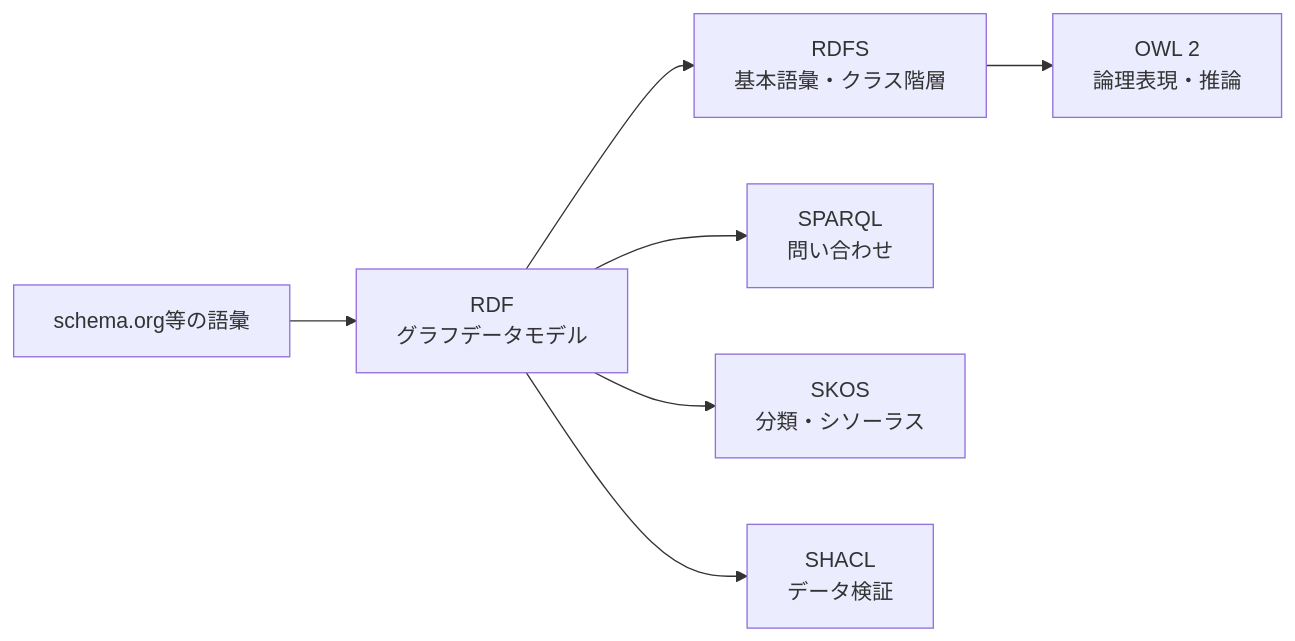
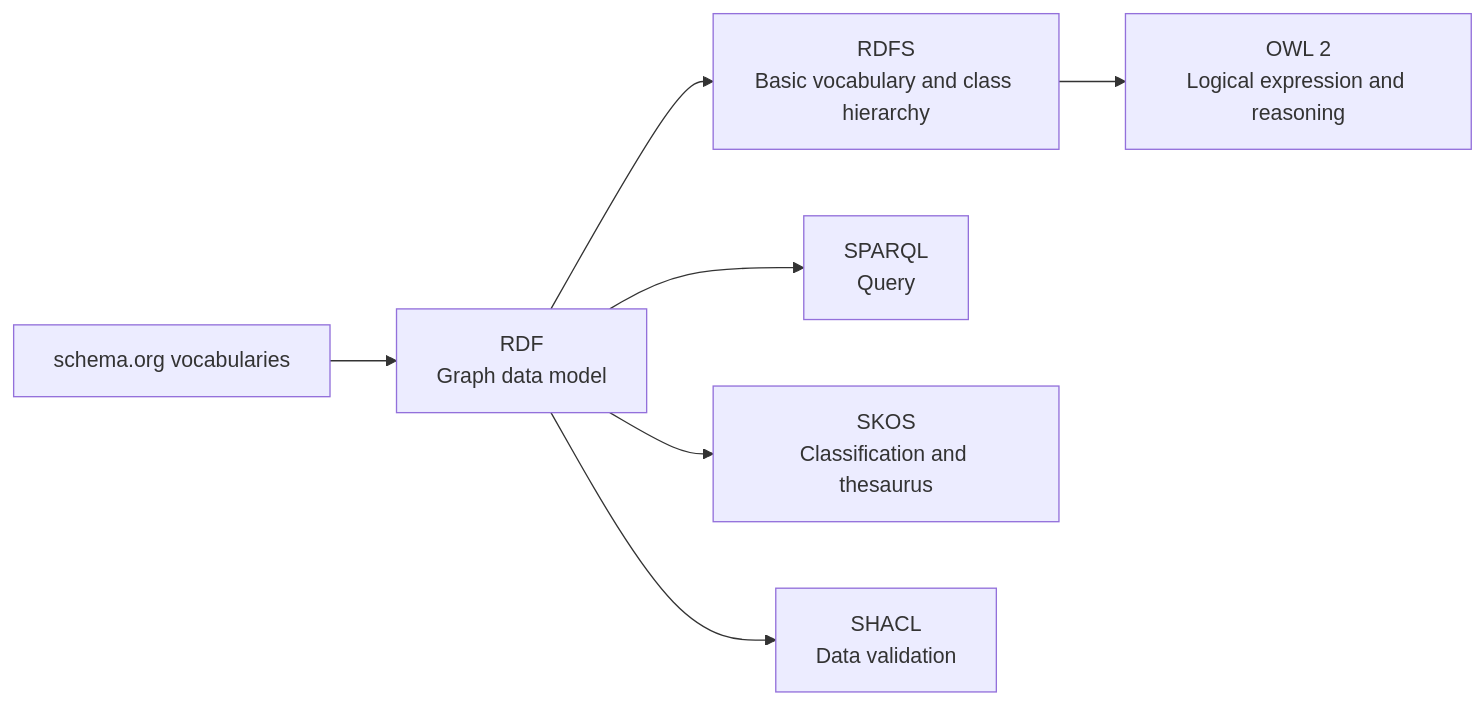
One commit to daylight55/research changed the third of 8 diagrams in content/blog/en/ontology-concept.mdx. Above: the diagram before and after it, drawn with Mermaid. The commit also changed other lines of this file and 26 other files, not shown here.

Commit message:
Translate English Mermaid labels

````diff
--- a/content/blog/en/ontology-concept.mdx
+++ b/content/blog/en/ontology-concept.mdx
@@ -145,9 +145,9 @@
 ```mermaid
 flowchart LR
-  RDF["RDF<br/>グラフデータモデル"] --> RDFS["RDFS<br/>基本語彙・クラス階層"]
-  RDFS --> OWL["OWL 2<br/>論理表現・推論"]
-  RDF --> SPARQL["SPARQL<br/>問い合わせ"]
-  RDF --> SKOS["SKOS<br/>分類・シソーラス"]
-  RDF --> SHACL["SHACL<br/>データ検証"]
-  Vocab["schema.org等の語彙"] --> RDF
+  RDF["RDF<br/>Graph data model"] --> RDFS["RDFS<br/>Basic vocabulary and class hierarchy"]
+  RDFS --> OWL["OWL 2<br/>Logical expression and reasoning"]
+  RDF --> SPARQL["SPARQL<br/>Query"]
+  RDF --> SKOS["SKOS<br/>Classification and thesaurus"]
+  RDF --> SHACL["SHACL<br/>Data validation"]
+  Vocab["schema.org vocabularies"] --> RDF
 ```
````
